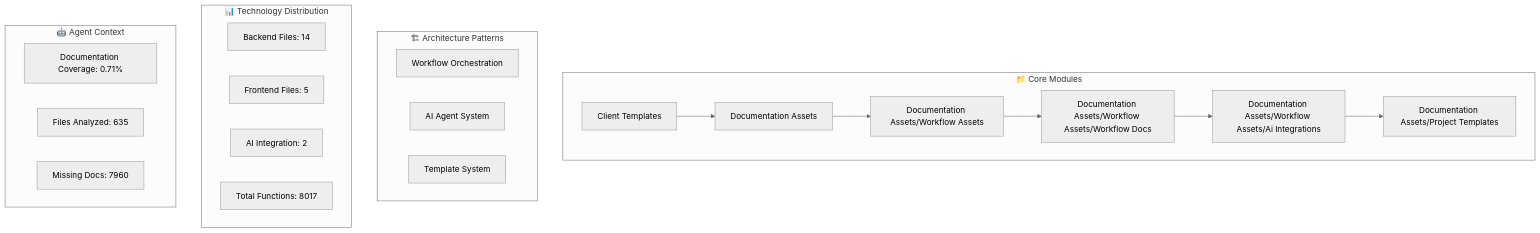
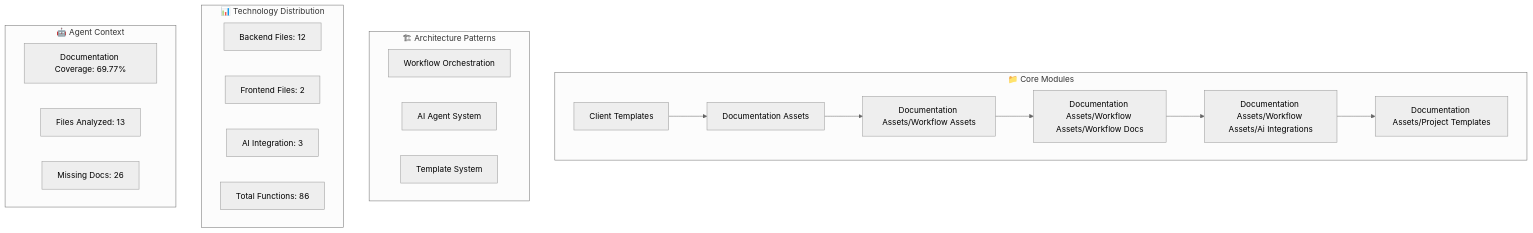
One commit to Spitfire-Products/Arkival-V4 changed the second of 5 diagrams in ARCHITECTURE_DIAGRAM.md. Above: the diagram before and after it, drawn with Mermaid (neutral theme). The commit also changed other lines of this file and 25 other files, not shown here.

````diff
--- a/ARCHITECTURE_DIAGRAM.md
+++ b/ARCHITECTURE_DIAGRAM.md
@@ -7,36 +44,36 @@
 ```mermaid
 graph TB
     subgraph "📁 Core Modules"
         M0[Client Templates]
         M1[Documentation Assets]
         M2[Documentation Assets/Workflow Assets]
         M3[Documentation Assets/Workflow Assets/Workflow Docs]
         M4[Documentation Assets/Workflow Assets/Ai Integrations]
         M5[Documentation Assets/Project Templates]
 
         M0 --> M1
         M1 --> M2
         M2 --> M3
         M3 --> M4
         M4 --> M5
     end
 
     subgraph "🏗 Architecture Patterns"
         P0[Workflow Orchestration]
         P1[AI Agent System]
         P2[Template System]
     end
 
     subgraph "📊 Technology Distribution"
-        T1[Backend Files: 14]
-        T2[Frontend Files: 5]
-        T3[AI Integration: 2]
-        T4[Total Functions: 8017]
+        T1[Backend Files: 12]
+        T2[Frontend Files: 2]
+        T3[AI Integration: 3]
+        T4[Total Functions: 86]
     end
 
     subgraph "🤖 Agent Context"
-        A1[Documentation Coverage: 0.71%]
-        A2[Files Analyzed: 635]
-        A3[Missing Docs: 7960]
+        A1[Documentation Coverage: 69.77%]
+        A2[Files Analyzed: 13]
+        A3[Missing Docs: 26]
     end
 ```
````
